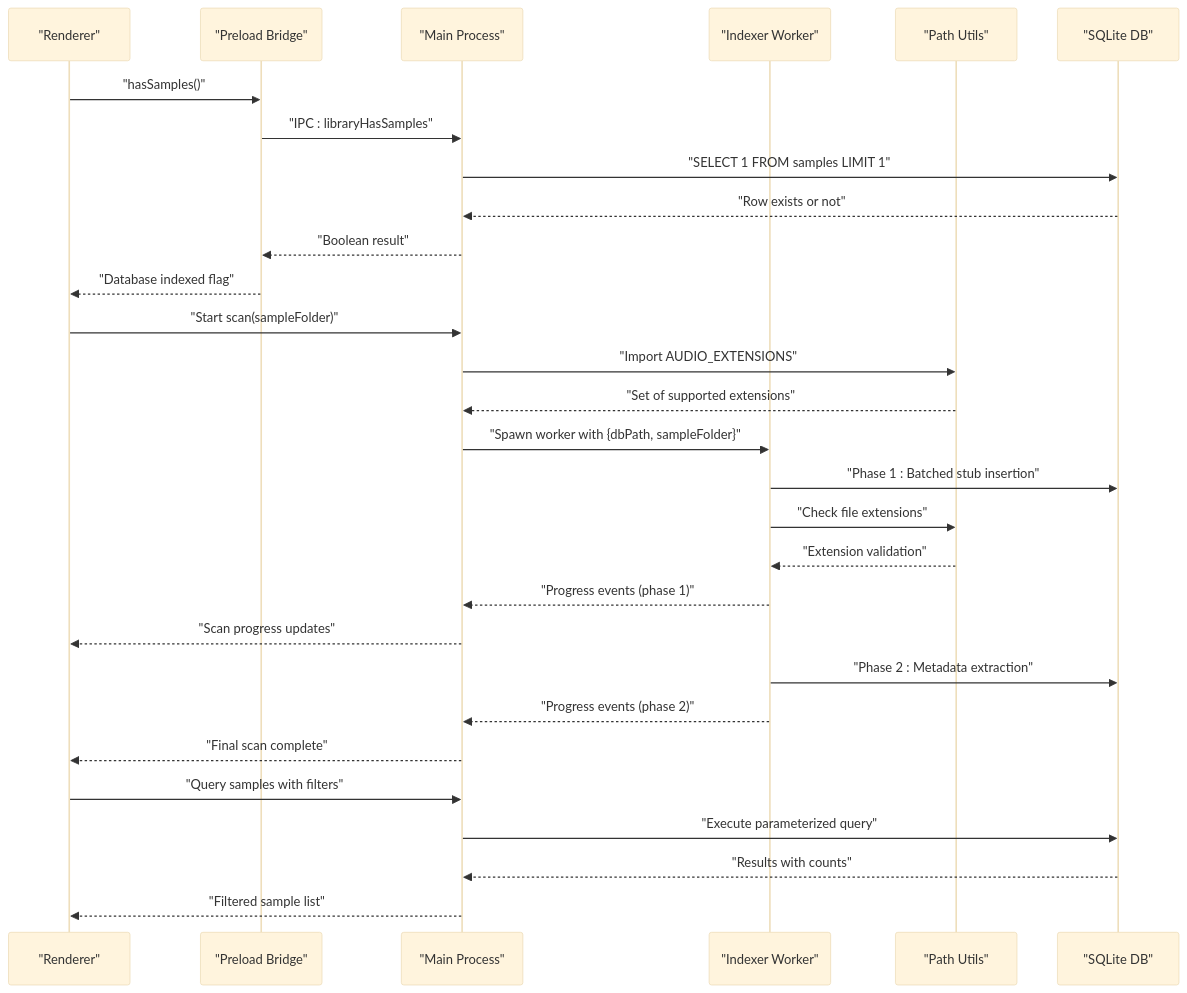
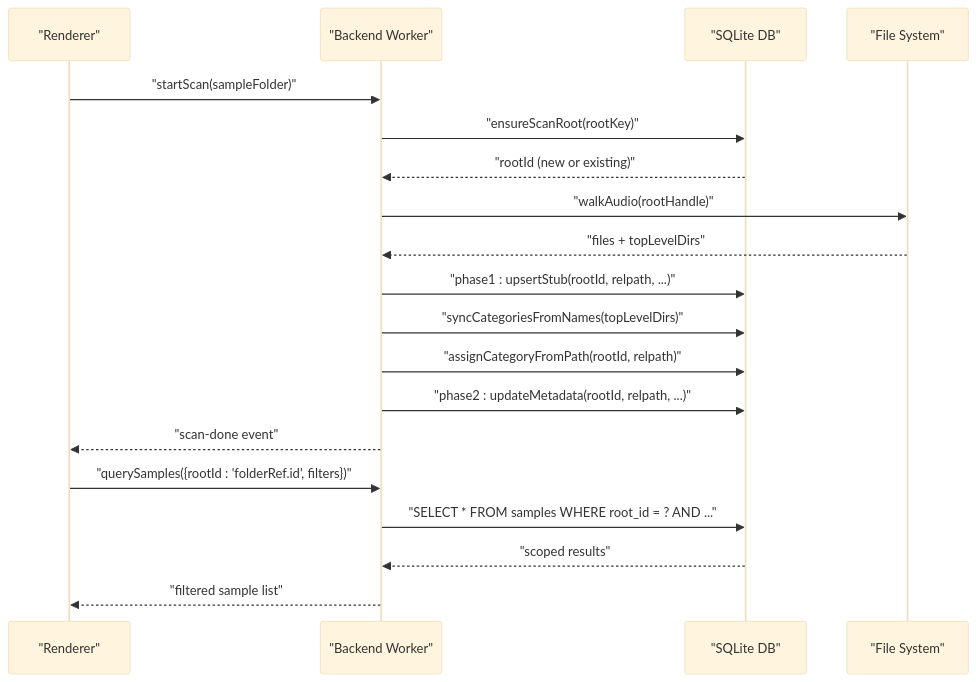
One commit to satyrlord/mixjam-electron changed the second of 4 diagrams in .qoder/repowiki/en/content/Data Management/Data Management.md. Above: the diagram before and after it, drawn with Mermaid (base theme). The commit also changed other lines of this file and 51 other files, not shown here.

````diff
--- a/.qoder/repowiki/en/content/Data Management/Data Management.md
+++ b/.qoder/repowiki/en/content/Data Management/Data Management.md
@@ -132,31 +111,21 @@
 ```mermaid
 sequenceDiagram
 participant R as "Renderer"
-participant P as "Preload Bridge"
-participant M as "Main Process"
-participant W as "Indexer Worker"
-participant U as "Path Utils"
+participant W as "Backend Worker"
 participant DB as "SQLite DB"
-R->>P : "hasSamples()"
-P->>M : "IPC : libraryHasSamples"
-M->>DB : "SELECT 1 FROM samples LIMIT 1"
-DB-->>M : "Row exists or not"
-M-->>P : "Boolean result"
-P-->>R : "Database indexed flag"
-R->>M : "Start scan(sampleFolder)"
-M->>U : "Import AUDIO_EXTENSIONS"
-U-->>M : "Set of supported extensions"
-M->>W : "Spawn worker with {dbPath, sampleFolder}"
-W->>DB : "Phase 1 : Batched stub insertion"
-W->>U : "Check file extensions"
-U-->>W : "Extension validation"
-W-->>M : "Progress events (phase 1)"
-M-->>R : "Scan progress updates"
-W->>DB : "Phase 2 : Metadata extraction"
-W-->>M : "Progress events (phase 2)"
-M-->>R : "Final scan complete"
-R->>M : "Query samples with filters"
-M->>DB : "Execute parameterized query"
-DB-->>M : "Results with counts"
-M-->>R : "Filtered sample list"
+participant FS as "File System"
+R->>W : "startScan(sampleFolder)"
+W->>DB : "ensureScanRoot(rootKey)"
+DB-->>W : "rootId (new or existing)"
+W->>FS : "walkAudio(rootHandle)"
+FS-->>W : "files + topLevelDirs"
+W->>DB : "phase1 : upsertStub(rootId, relpath, ...)"
+W->>DB : "syncCategoriesFromNames(topLevelDirs)"
+W->>DB : "assignCategoryFromPath(rootId, relpath)"
+W->>DB : "phase2 : updateMetadata(rootId, relpath, ...)"
+W-->>R : "scan-done event"
+R->>W : "querySamples({rootId : 'folderRef.id', filters})"
+W->>DB : "SELECT * FROM samples WHERE root_id = ? AND ..."
+DB-->>W : "scoped results"
+W-->>R : "filtered sample list"
 ```
````
